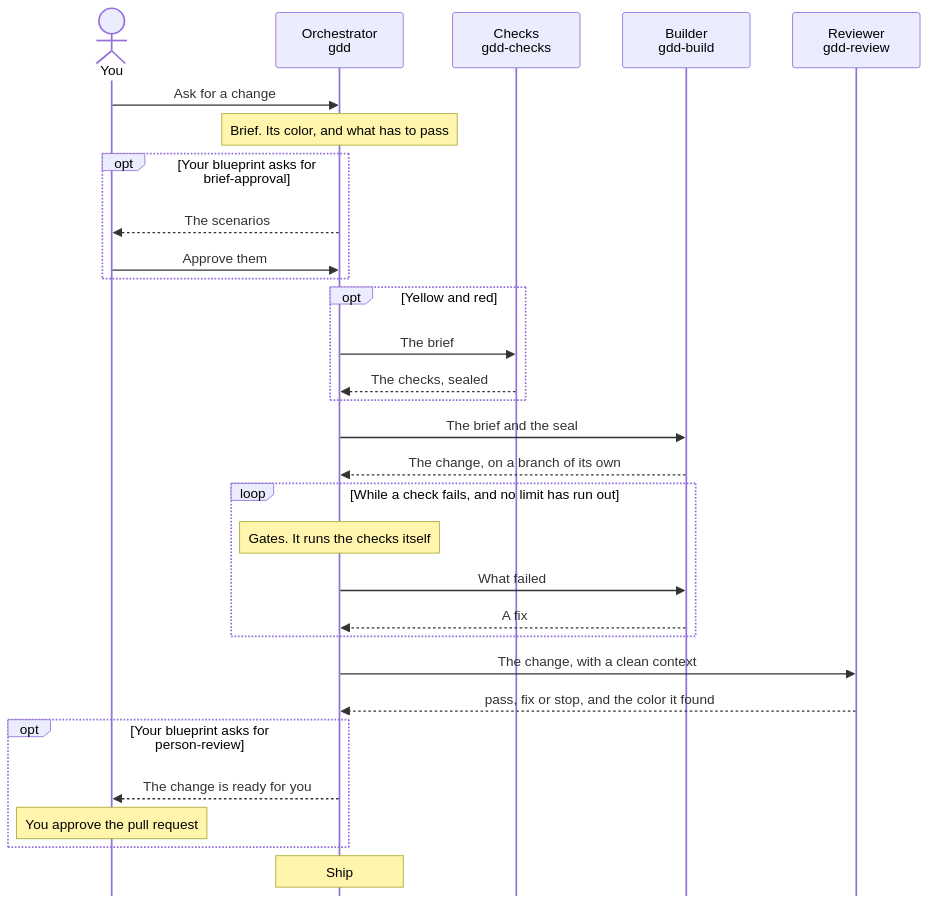
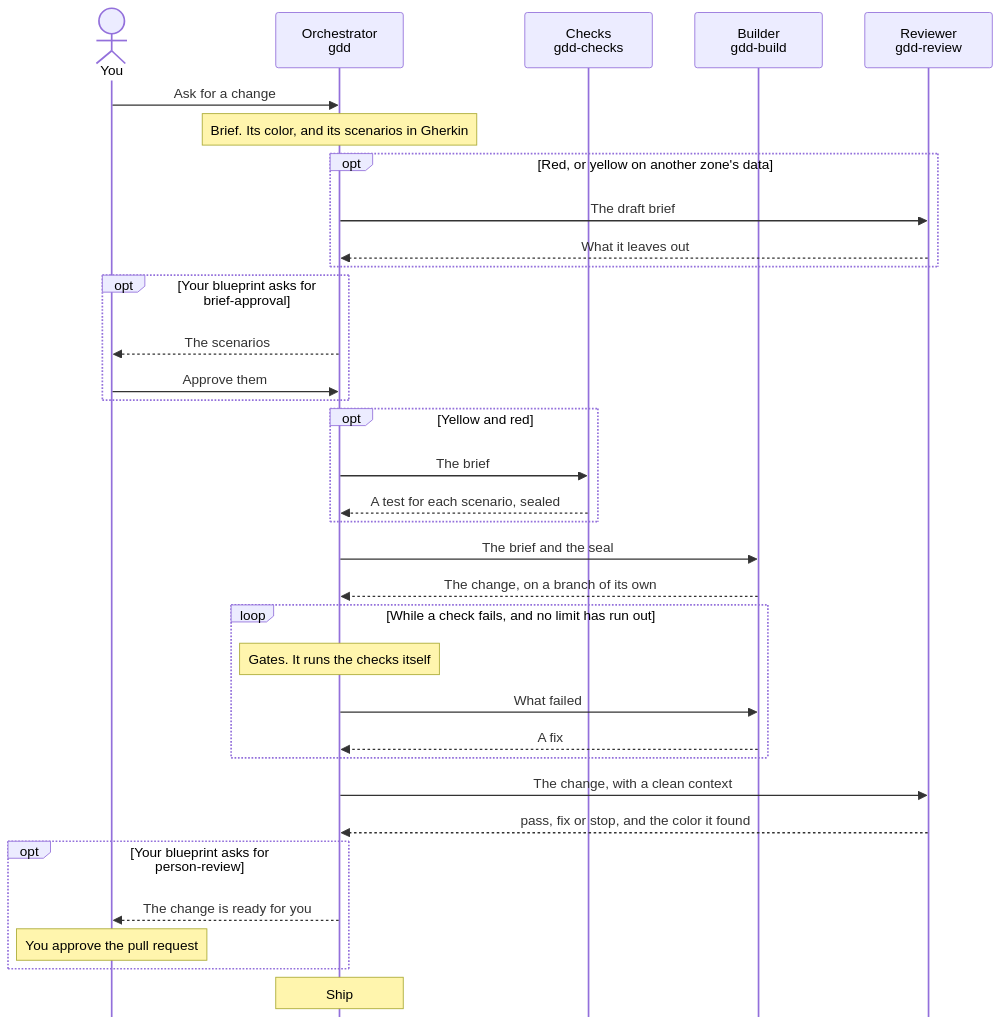
Before and after one commit to MarsGotta/gdd: the second of 4 diagrams in skills/README.md, drawn with Mermaid. The commit also changed other lines of this file and 53 other files, not shown here.

````diff
--- a/skills/README.md
+++ b/skills/README.md
@@ -129,36 +131,40 @@
 ```mermaid
 %%{init: {"sequence": {"diagramMarginX": 160, "mirrorActors": false}}}%%
 sequenceDiagram
     accTitle: Who does what in one change
-    accDescr: You ask the orchestrator for a change. It briefs it, on yellow and red a second agent writes and seals the checks, a third builds, the orchestrator runs the gates, and a reviewer with a clean context gives its verdict. You approve where your blueprint asks for a person.
+    accDescr: You ask the orchestrator for a change. It briefs it, writing its use cases as scenarios, on red a reviewer reads the brief before anyone builds, and on yellow when the change changes another zone's data, on yellow and red a second agent writes a test for each scenario and seals them, a third builds, the orchestrator runs the gates, and a reviewer with a clean context gives its verdict. You approve where your blueprint asks for a person.
     actor You
     participant O as Orchestrator<br/>gdd
     participant C as Checks<br/>gdd-checks
     participant B as Builder<br/>gdd-build
     participant R as Reviewer<br/>gdd-review
 
     You->>O: Ask for a change
-    Note over O: Brief. Its color, and what has to pass
+    Note over O: Brief. Its color, and its scenarios in Gherkin
+    opt Red, or yellow on another zone's data
+        O->>R: The draft brief
+        R-->>O: What it leaves out
+    end
     opt Your blueprint asks for brief-approval
         O-->>You: The scenarios
         You->>O: Approve them
     end
     opt Yellow and red
         O->>C: The brief
-        C-->>O: The checks, sealed
+        C-->>O: A test for each scenario, sealed
     end
     O->>B: The brief and the seal
     B-->>O: The change, on a branch of its own
     loop While a check fails, and no limit has run out
         Note over O: Gates. It runs the checks itself
         O->>B: What failed
         B-->>O: A fix
     end
     O->>R: The change, with a clean context
     R-->>O: pass, fix or stop, and the color it found
     opt Your blueprint asks for person-review
         O-->>You: The change is ready for you
         Note over You: You approve the pull request
     end
     Note over O: Ship
 ```
````
